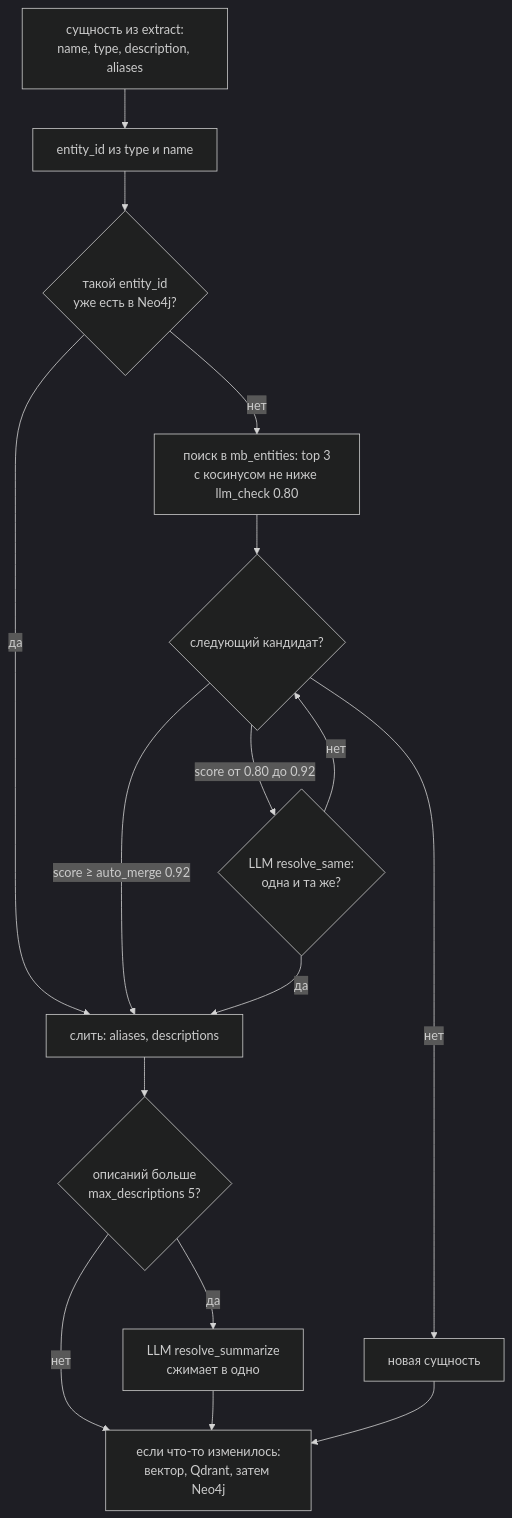
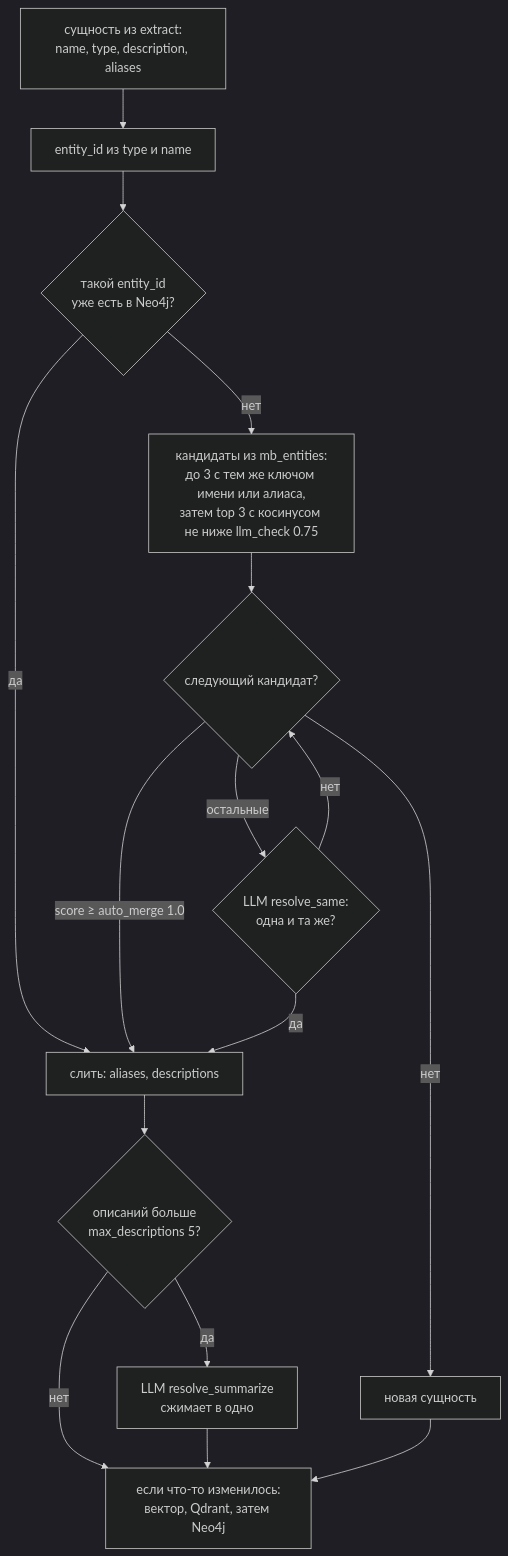
The seventh of 11 diagrams in README.md (000p1umDiesel/Atlas), drawn with Mermaid (dark theme) before and after one commit. The commit also changed other lines of this file and 12 other files, not shown here.

First line of the commit message:
feat: слияние сущностей только через LLM с поиском по ключу имени, 18 крупных типов

````diff
--- a/README.md
+++ b/README.md
@@ -682,18 +682,18 @@
 ```mermaid
 flowchart TD
     IN["сущность из extract:<br/>name, type, description, aliases"] --> ID["entity_id из type и name"]
     ID --> EXISTS{"такой entity_id<br/>уже есть в Neo4j?"}
     EXISTS -->|"да"| MERGE["слить: aliases, descriptions"]
-    EXISTS -->|"нет"| SEARCH["поиск в mb_entities: top 3<br/>с косинусом не ниже llm_check 0.80"]
+    EXISTS -->|"нет"| SEARCH["кандидаты из mb_entities:<br/>до 3 с тем же ключом имени или алиаса,<br/>затем top 3 с косинусом не ниже llm_check 0.75"]
     SEARCH --> CAND{"следующий кандидат?"}
     CAND -->|"нет"| NEW["новая сущность"]
-    CAND -->|"score ≥ auto_merge 0.92"| MERGE
-    CAND -->|"score от 0.80 до 0.92"| SAME{"LLM resolve_same:<br/>одна и та же?"}
+    CAND -->|"score ≥ auto_merge 1.0"| MERGE
+    CAND -->|"остальные"| SAME{"LLM resolve_same:<br/>одна и та же?"}
     SAME -->|"да"| MERGE
     SAME -->|"нет"| CAND
     MERGE --> MANY{"описаний больше<br/>max_descriptions 5?"}
     MANY -->|"да"| SUMM["LLM resolve_summarize<br/>сжимает в одно"]
     MANY -->|"нет"| SAVE["если что-то изменилось:<br/>вектор, Qdrant, затем Neo4j"]
     SUMM --> SAVE
     NEW --> SAVE
 ```
````
